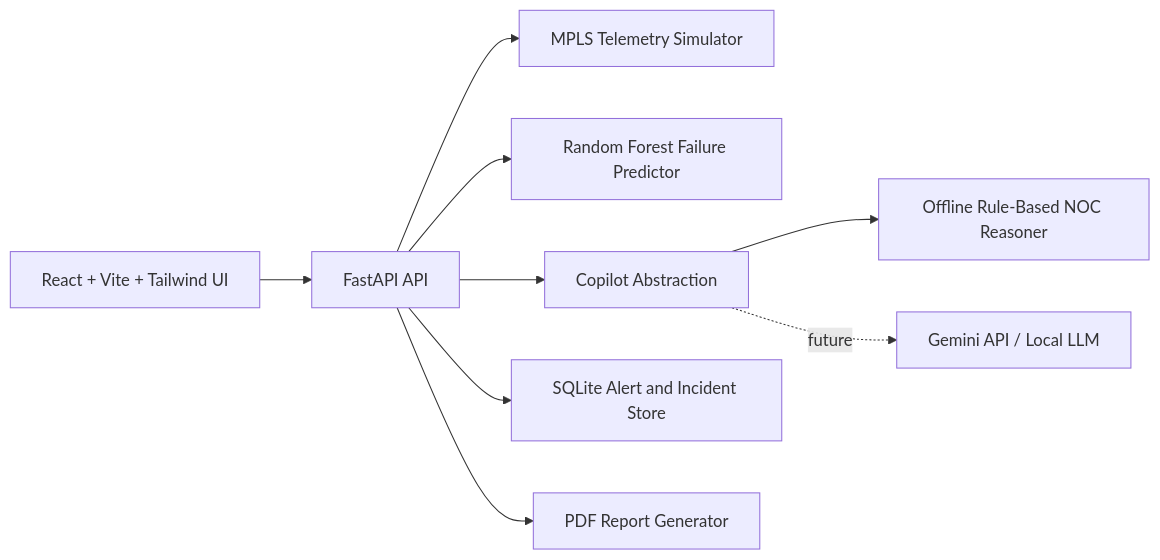
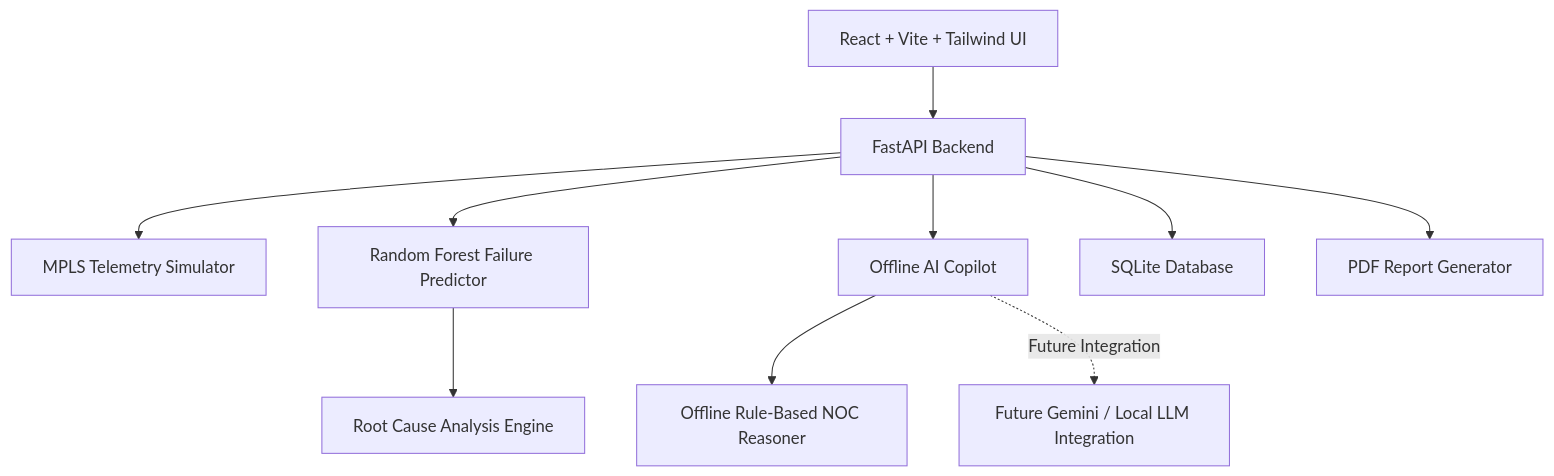
Before and after one commit to imran2613/ISRO-AIR-Gapped-Predictive-Copilot: the diagram in README.md, drawn with Mermaid. The commit also changed other lines of this file, not shown here.

````diff
--- a/README.md
+++ b/README.md
@@ -9,11 +41,23 @@
 ```mermaid
-flowchart LR
-  UI["React + Vite + Tailwind UI"] --> API["FastAPI API"]
-  API --> SIM["MPLS Telemetry Simulator"]
-  API --> ML["Random Forest Failure Predictor"]
-  API --> AI["Copilot Abstraction"]
-  API --> DB["SQLite Alert and Incident Store"]
-  AI --> OFF["Offline Rule-Based NOC Reasoner"]
-  AI -. future .-> GEM["Gemini API / Local LLM"]
-  API --> REP["PDF Report Generator"]
+flowchart TD
+    A["React + Vite + Tailwind UI"]
+    B["FastAPI Backend"]
+    C["MPLS Telemetry Simulator"]
+    D["Random Forest Failure Predictor"]
+    E["Offline AI Copilot"]
+    F["SQLite Database"]
+    G["PDF Report Generator"]
+    H["Root Cause Analysis Engine"]
+    I["Offline Rule-Based NOC Reasoner"]
+    J["Future Gemini / Local LLM Integration"]
+
+    A --> B
+    B --> C
+    B --> D
+    B --> E
+    B --> F
+    B --> G
+    D --> H
+    E --> I
+    E -. Future Integration .-> J
 ```
````
